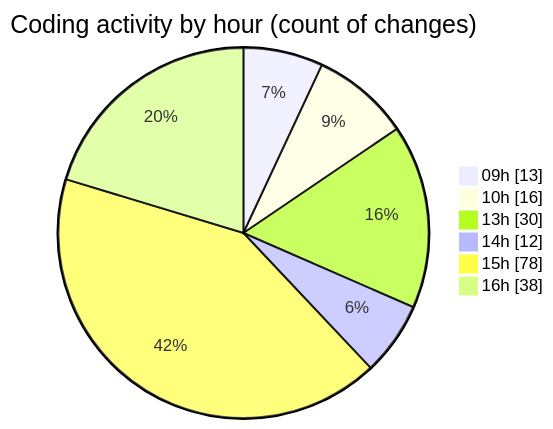
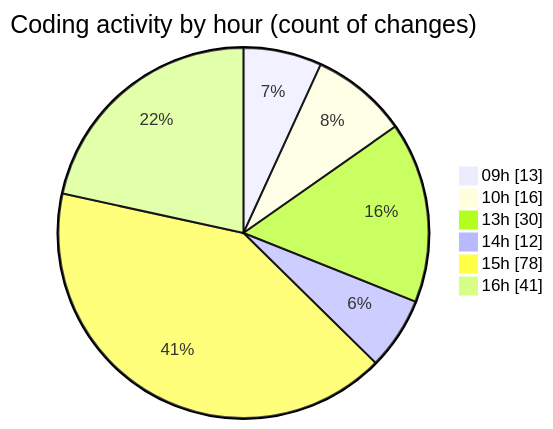
Before and after one commit to momahboobian/code-tracking: the second of 2 diagrams in 2025-03-31/cda/README.md, drawn with Mermaid. The commit also changed other lines of this file and 1 other file, not shown here.

````diff
--- a/2025-03-31/cda/README.md
+++ b/2025-03-31/cda/README.md
@@ -50,10 +50,10 @@
 ```mermaid
 pie showData
 title Coding activity by hour (count of changes)
 "09h" : 13
 "10h" : 16
 "13h" : 30
 "14h" : 12
 "15h" : 78
-"16h" : 38
+"16h" : 41
 ```
````
